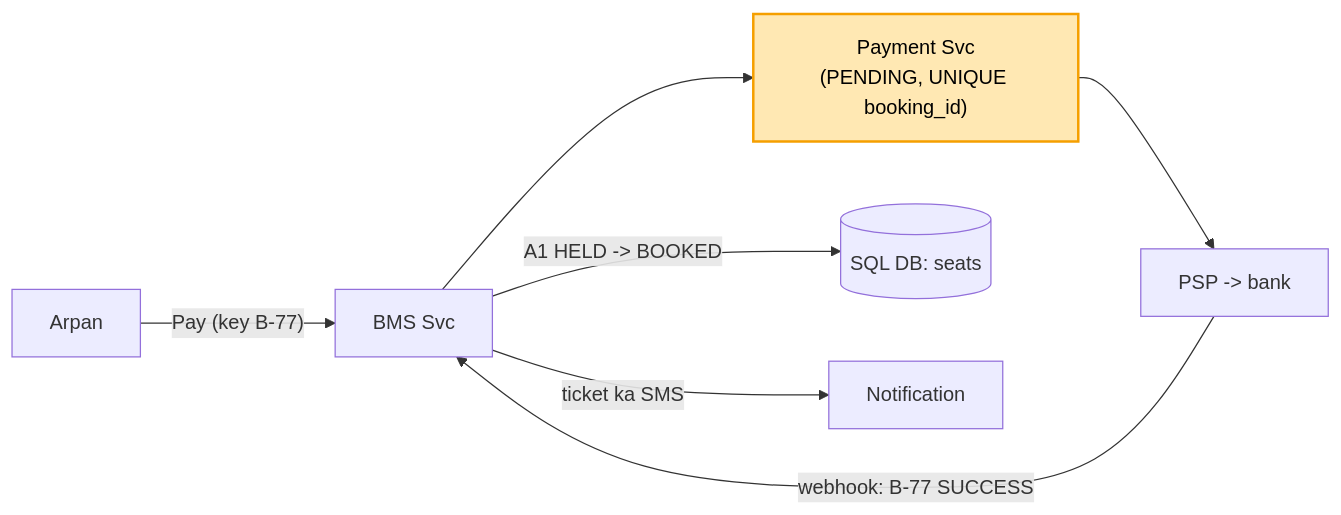
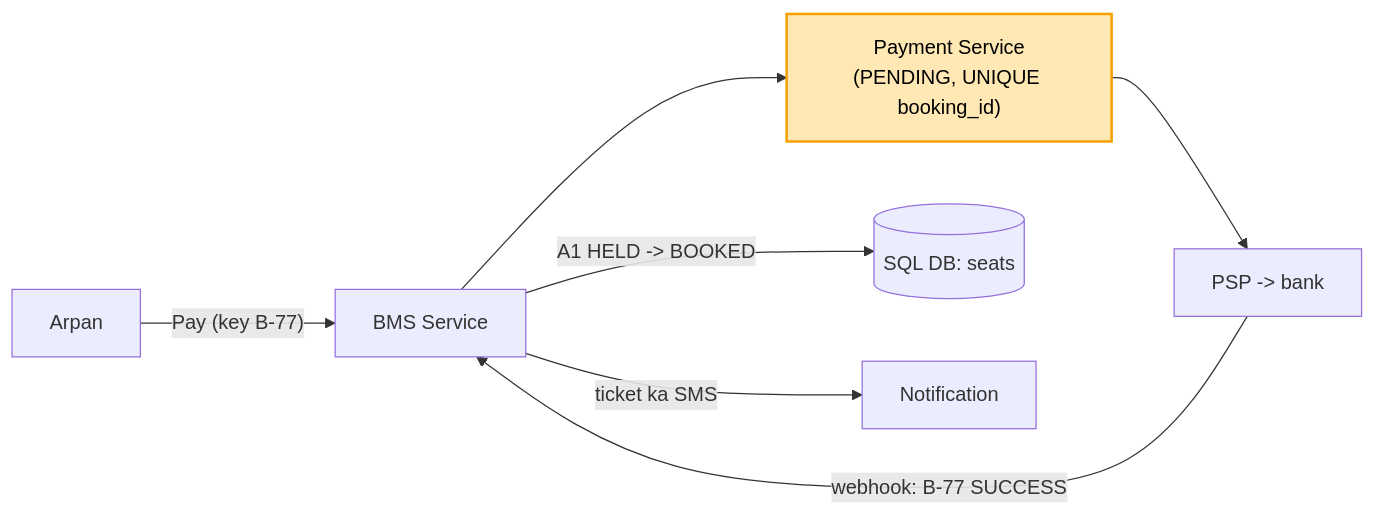
The fifth of 5 diagrams in 04_HLD/SYSTEM_DESIGNS/09_bookmyshow/09_bookmyshow.md (ArpanMaheshwari144/Prep), drawn with Mermaid before and after one commit. The commit also changed other lines of this file and 8 other files, not shown here.

````diff
--- a/04_HLD/SYSTEM_DESIGNS/09_bookmyshow/09_bookmyshow.md
+++ b/04_HLD/SYSTEM_DESIGNS/09_bookmyshow/09_bookmyshow.md
@@ -267,10 +267,10 @@
 ```mermaid
 flowchart LR
-    U["Arpan"] -- "Pay (key B-77)" --> S["BMS Svc"]
-    S --> P["Payment Svc<br/>(PENDING, UNIQUE booking_id)"]
+    U["Arpan"] -- "Pay (key B-77)" --> S["BMS Service"]
+    S --> P["Payment Service<br/>(PENDING, UNIQUE booking_id)"]
     P --> G["PSP -> bank"]
     G -- "webhook: B-77 SUCCESS" --> S
     S -- "A1 HELD -> BOOKED" --> D[("SQL DB: seats")]
     S -- "ticket ka SMS" --> N["Notification"]
     style P fill:#ffe8b3,stroke:#f59f00,stroke-width:2px,color:#000
 ```
````
